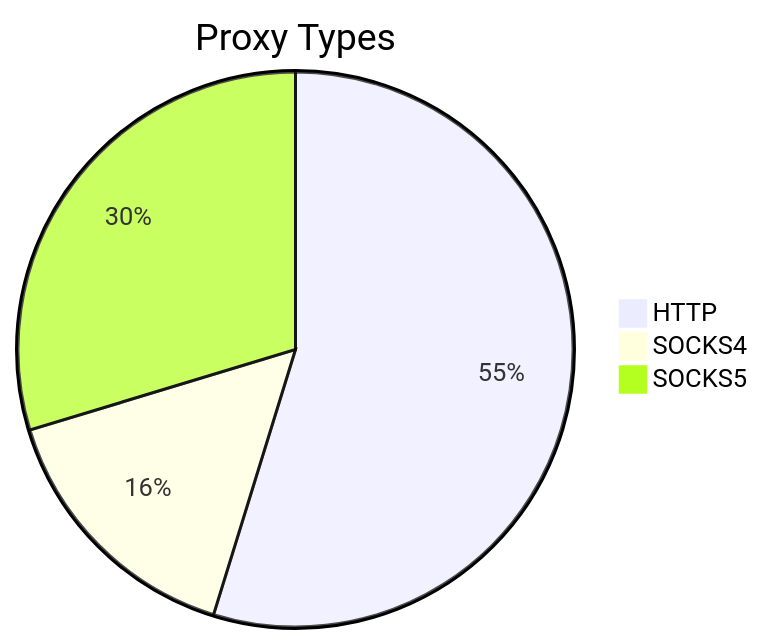
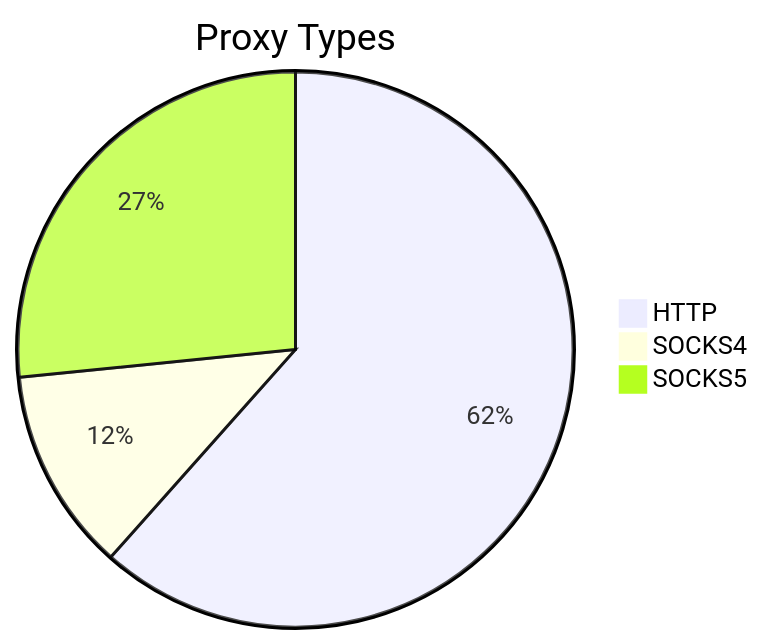
One commit to stormsia/proxy-list changed the first of 2 diagrams in README.md. Above: the diagram before and after it, drawn with Mermaid. The commit also changed other lines of this file, not shown here.

````diff
--- a/README.md
+++ b/README.md
@@ -21,6 +21,6 @@
 ```mermaid
 pie title Proxy Types
-    "HTTP" : 155
-    "SOCKS4" : 44
-    "SOCKS5" : 84
+    "HTTP" : 125
+    "SOCKS4" : 24
+    "SOCKS5" : 54
 ```
````
